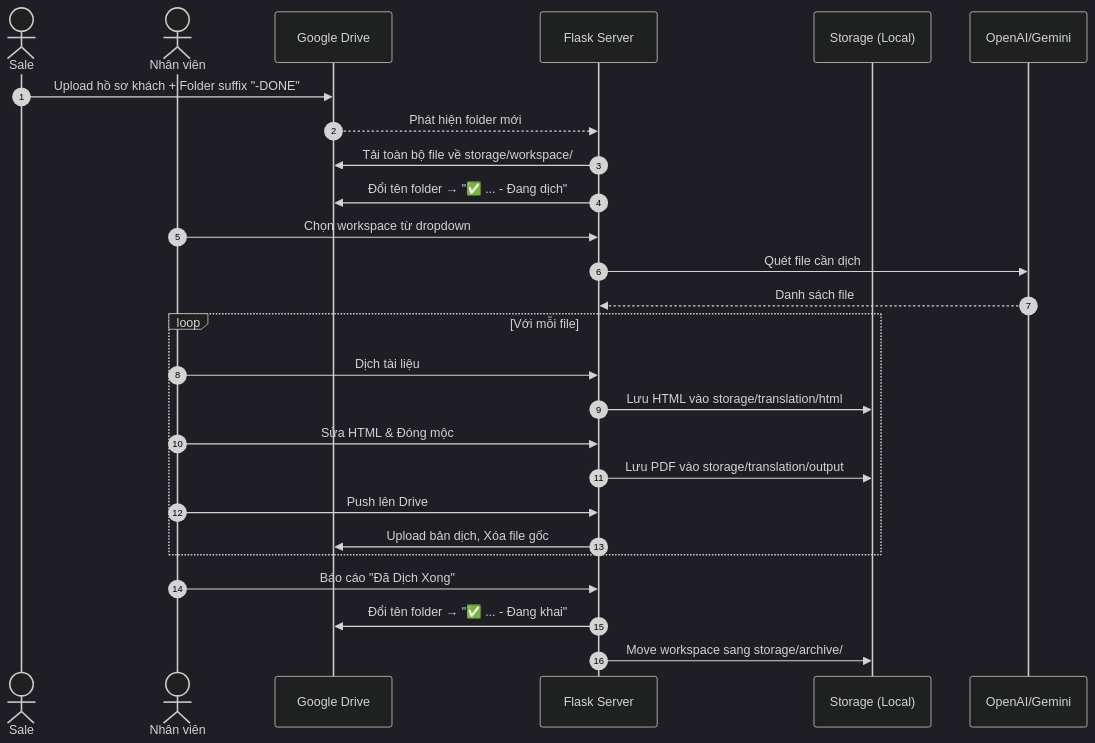
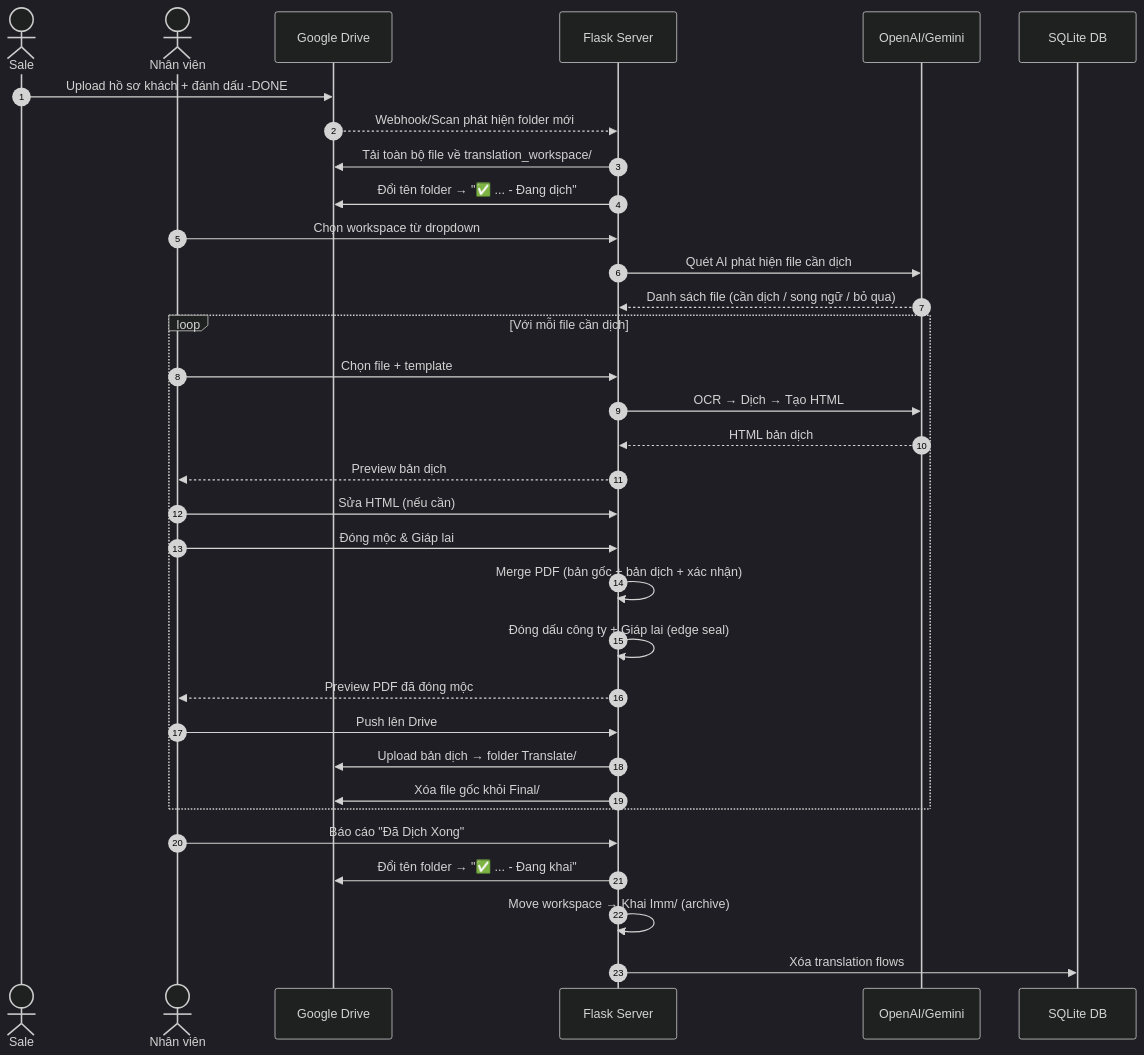
One commit to nhutminh23/AI-AGENT-FOR-WRITING-VISA-EXPLANATION-LETTERS changed the second of 7 diagrams in README.md. Above: the diagram before and after it, drawn with Mermaid (dark theme). The commit also changed other lines of this file and 1 other file, not shown here.

Commit message:
docs: Update README with V2.0 storage structure and fix translation certification paths

````diff
--- a/README.md
+++ b/README.md
@@ -152,32 +163,39 @@
 ```mermaid
 sequenceDiagram
     autonumber
     actor Sale
     actor User as Nhân viên
     participant Drive as Google Drive
     participant Server as Flask Server
-    participant Storage as Storage (Local)
     participant AI as OpenAI/Gemini
+    participant DB as SQLite DB
 
-    Sale->>Drive: Upload hồ sơ khách + Folder suffix "-DONE"
-    Drive-->>Server: Phát hiện folder mới
-    Server->>Drive: Tải toàn bộ file về storage/workspace/
+    Sale->>Drive: Upload hồ sơ khách + đánh dấu -DONE
+    Drive-->>Server: Webhook/Scan phát hiện folder mới
+    Server->>Drive: Tải toàn bộ file về translation_workspace/
     Server->>Drive: Đổi tên folder → "✅ ... - Đang dịch"
 
     User->>Server: Chọn workspace từ dropdown
-    Server->>AI: Quét file cần dịch
-    AI-->>Server: Danh sách file
-    
-    loop Với mỗi file
-        User->>Server: Dịch tài liệu
-        Server->>Storage: Lưu HTML vào storage/translation/html
-        User->>Server: Sửa HTML & Đóng mộc
-        Server->>Storage: Lưu PDF vào storage/translation/output
+    Server->>AI: Quét AI phát hiện file cần dịch
+    AI-->>Server: Danh sách file (cần dịch / song ngữ / bỏ qua)
+
+    loop Với mỗi file cần dịch
+        User->>Server: Chọn file + template
+        Server->>AI: OCR → Dịch → Tạo HTML
+        AI-->>Server: HTML bản dịch
+        Server-->>User: Preview bản dịch
+        User->>Server: Sửa HTML (nếu cần)
+        User->>Server: Đóng mộc & Giáp lai
+        Server->>Server: Merge PDF (bản gốc + bản dịch + xác nhận)
+        Server->>Server: Đóng dấu công ty + Giáp lai (edge seal)
+        Server-->>User: Preview PDF đã đóng mộc
         User->>Server: Push lên Drive
-        Server->>Drive: Upload bản dịch, Xóa file gốc
+        Server->>Drive: Upload bản dịch → folder Translate/
+        Server->>Drive: Xóa file gốc khỏi Final/
     end
 
     User->>Server: Báo cáo "Đã Dịch Xong"
     Server->>Drive: Đổi tên folder → "✅ ... - Đang khai"
-    Server->>Storage: Move workspace sang storage/archive/
+    Server->>Server: Move workspace → Khai Imm/ (archive)
+    Server->>DB: Xóa translation flows
 ```
````
